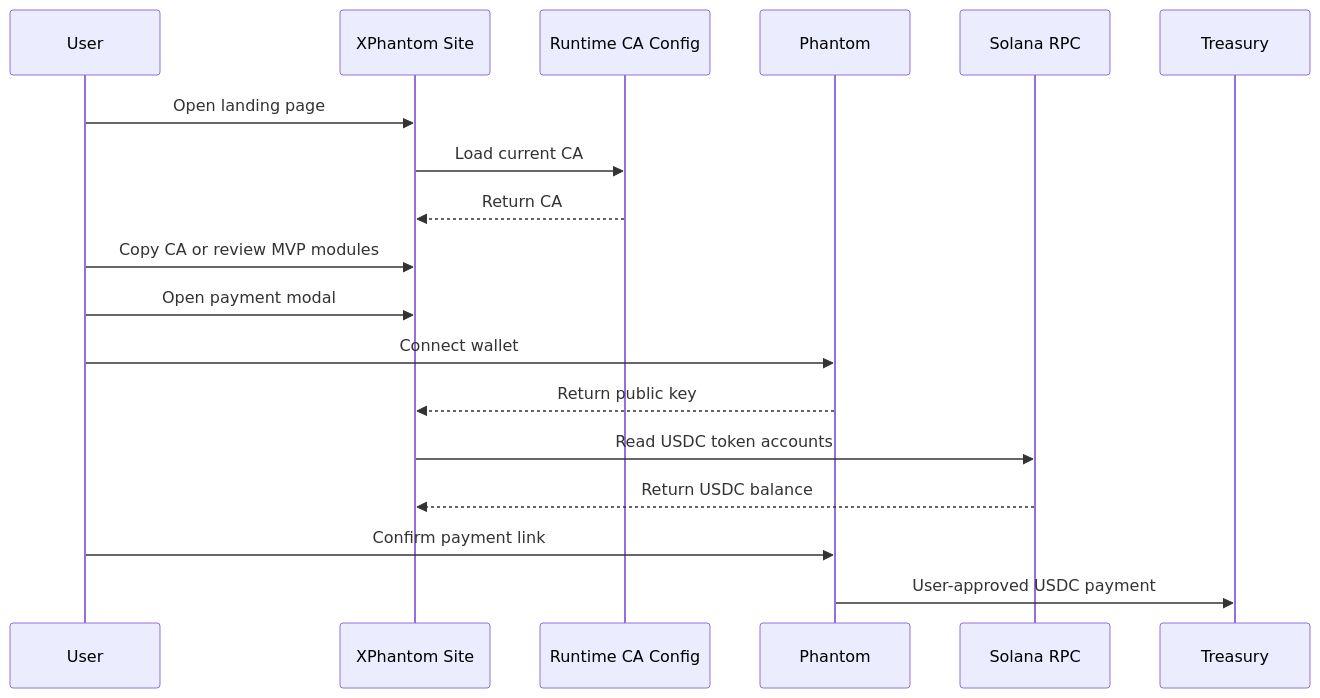
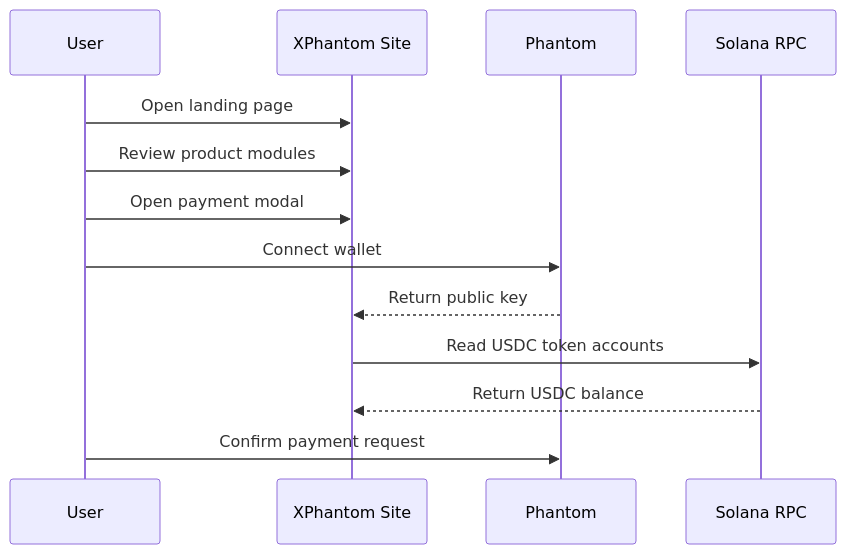
The second of 2 diagrams in README.md (XPhantom-max/XPhantom), drawn with Mermaid before and after one commit. The commit also changed other lines of this file and 21 other files, not shown here.

````diff
--- a/README.md
+++ b/README.md
@@ -98,21 +87,16 @@
 ```mermaid
 sequenceDiagram
   participant User
   participant Site as XPhantom Site
-  participant Admin as Runtime CA Config
   participant Phantom
   participant Solana as Solana RPC
-  participant Treasury
 
   User->>Site: Open landing page
-  Site->>Admin: Load current CA
-  Admin-->>Site: Return CA
-  User->>Site: Copy CA or review MVP modules
+  User->>Site: Review product modules
   User->>Site: Open payment modal
   User->>Phantom: Connect wallet
   Phantom-->>Site: Return public key
   Site->>Solana: Read USDC token accounts
   Solana-->>Site: Return USDC balance
-  User->>Phantom: Confirm payment link
-  Phantom->>Treasury: User-approved USDC payment
+  User->>Phantom: Confirm payment request
 ```
````
